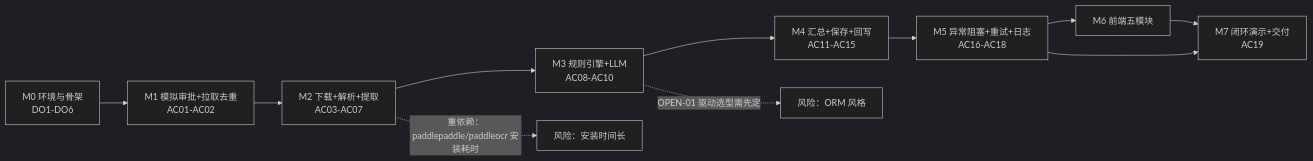
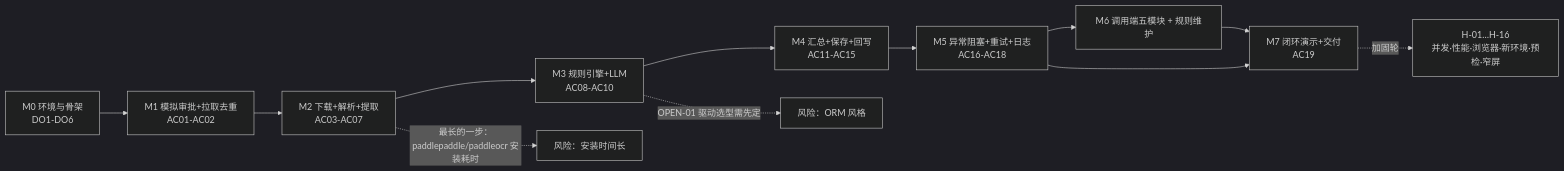
Before and after one commit to lihaozhen-max/ClauseGuard: diagram 14 of 15 in docs/架构图.md, drawn with Mermaid (dark theme). The commit also changed other lines of this file and 2 other files, not shown here.

First line of the commit message:
docs(架构): 架构图同步到 v1.1 —— 加"给小白"的讲解层 + 修正 7 处与代码脱节

````diff
--- a/docs/架构图.md
+++ b/docs/架构图.md
@@ -711,14 +964,15 @@
 ```mermaid
 flowchart LR
     M0["M0 环境与骨架<br/>DO1-DO6"] --> M1["M1 模拟审批+拉取去重<br/>AC01-AC02"]
     M1 --> M2["M2 下载+解析+提取<br/>AC03-AC07"]
     M2 --> M3["M3 规则引擎+LLM<br/>AC08-AC10"]
     M3 --> M4["M4 汇总+保存+回写<br/>AC11-AC15"]
     M4 --> M5["M5 异常阻塞+重试+日志<br/>AC16-AC18"]
-    M5 --> M6["M6 前端五模块"]
+    M5 --> M6["M6 调用端五模块 + 规则维护"]
     M6 --> M7["M7 闭环演示+交付<br/>AC19"]
     M5 --> M7
 
-    M2 -.->|"重依赖：paddlepaddle/paddleocr 安装耗时"| R1["风险：安装时间长"]
+    M2 -.->|"最长的一步：paddlepaddle/paddleocr 安装耗时"| R1["风险：安装时间长"]
     M3 -.->|"OPEN-01 驱动选型需先定"| R2["风险：ORM 风格"]
+    M7 -.->|"加固轮"| H["H-01…H-16<br/>并发·性能·浏览器·新环境·预检·窄屏"]
 ```
````
